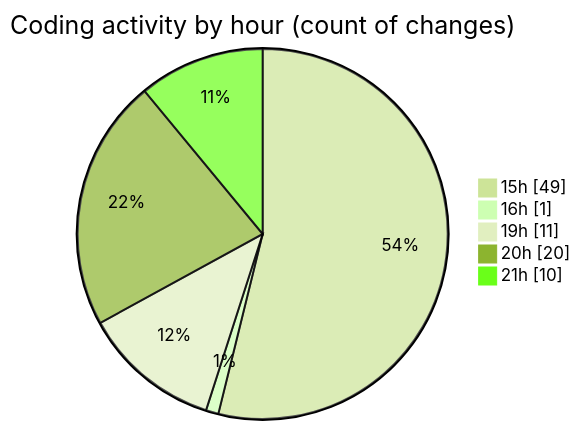
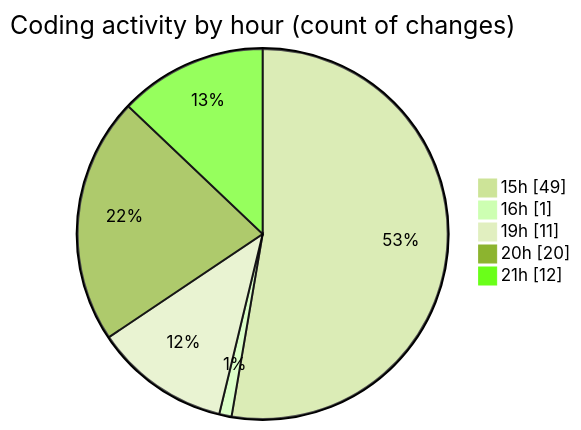
One commit to Elitesun/code-tracking changed the second of 2 diagrams in 2025-04-07/sungpt/README.md. Above: the diagram before and after it, drawn with Mermaid (forest theme). The commit also changed other lines of this file and 1 other file, not shown here.

````diff
--- a/2025-04-07/sungpt/README.md
+++ b/2025-04-07/sungpt/README.md
@@ -38,9 +38,9 @@
 ```mermaid
 pie showData
 title Coding activity by hour (count of changes)
 "15h" : 49
 "16h" : 1
 "19h" : 11
 "20h" : 20
-"21h" : 10
+"21h" : 12
 ```
````
